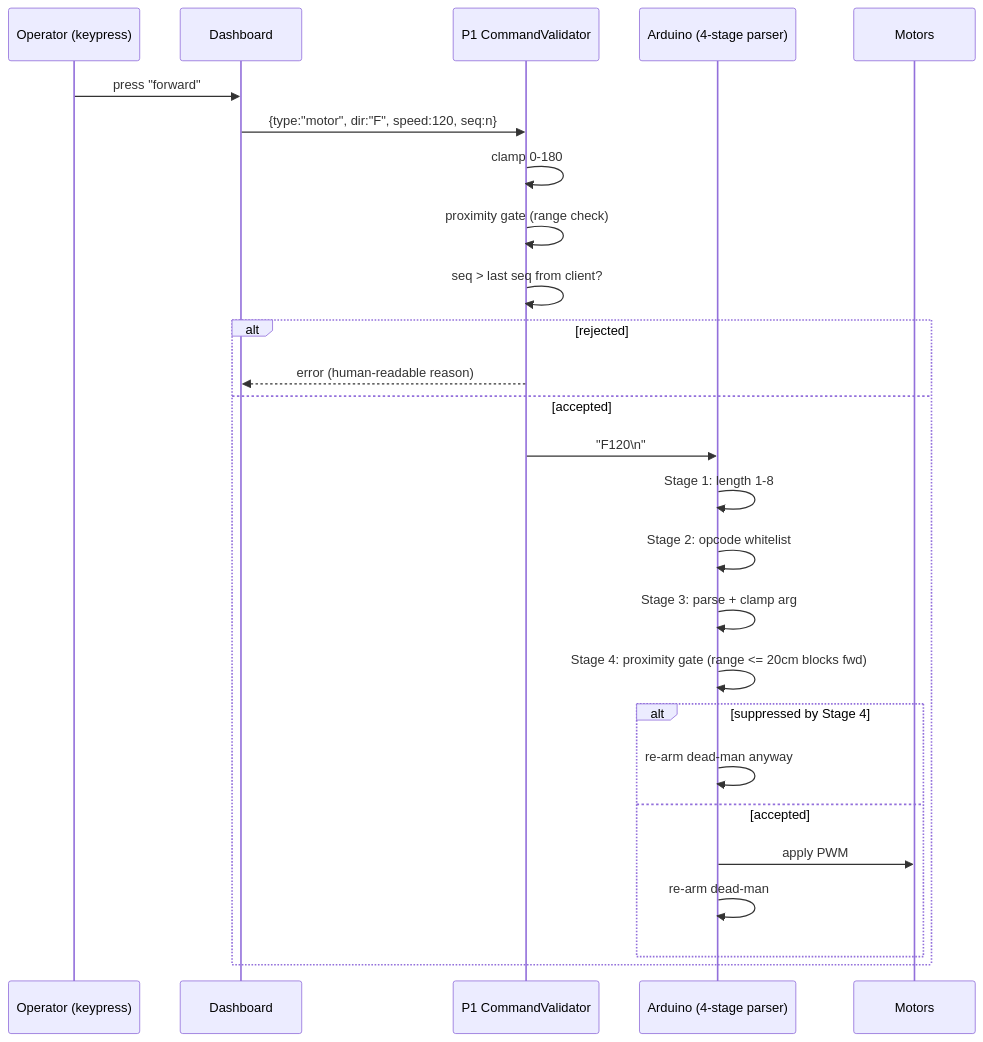
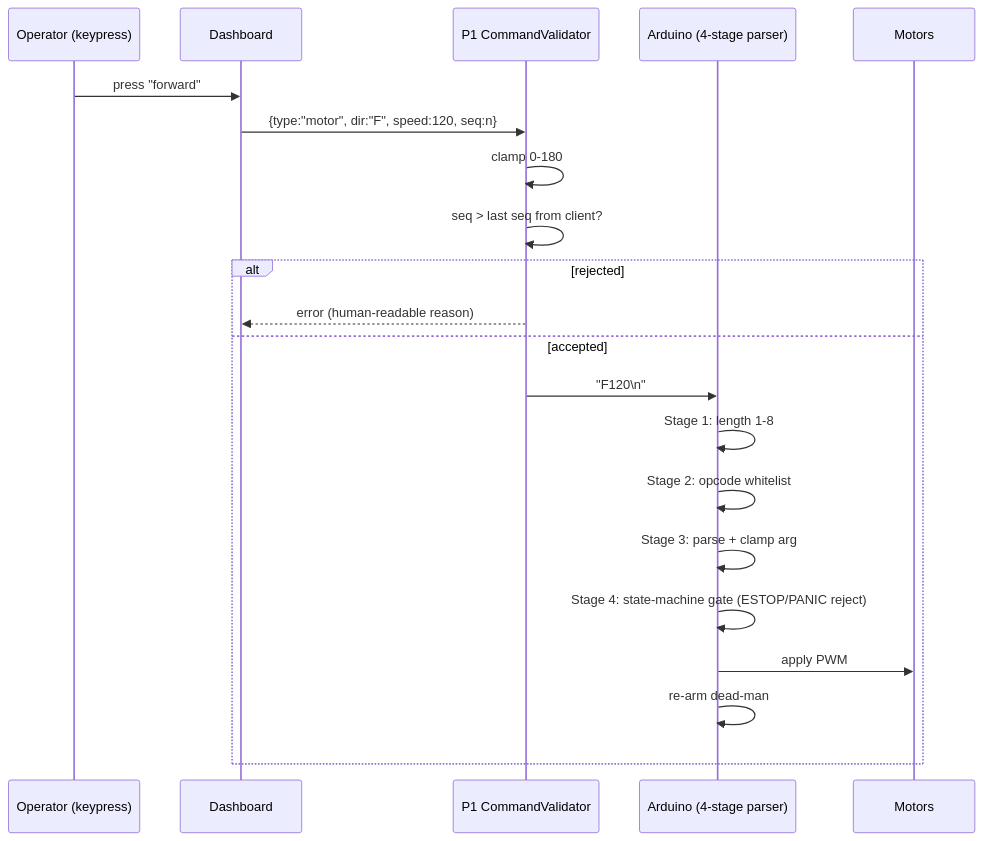
The ninth of 13 diagrams in docs/ARCHITECTURE.md (baiust999/robort-code-from-pi), drawn with Mermaid before and after one commit. The commit also changed other lines of this file and 27 other files, not shown here.

````diff
--- a/docs/ARCHITECTURE.md
+++ b/docs/ARCHITECTURE.md
@@ -332,29 +331,24 @@
 ```mermaid
 sequenceDiagram
     participant OP as Operator (keypress)
     participant DASH as Dashboard
     participant P1V as P1 CommandValidator
     participant AR as Arduino (4-stage parser)
     participant MOT as Motors
 
     OP->>DASH: press "forward"
     DASH->>P1V: {type:"motor", dir:"F", speed:120, seq:n}
     P1V->>P1V: clamp 0-180
-    P1V->>P1V: proximity gate (range check)
     P1V->>P1V: seq > last seq from client?
     alt rejected
         P1V-->>DASH: error (human-readable reason)
     else accepted
         P1V->>AR: "F120\n"
         AR->>AR: Stage 1: length 1-8
         AR->>AR: Stage 2: opcode whitelist
         AR->>AR: Stage 3: parse + clamp arg
-        AR->>AR: Stage 4: proximity gate (range <= 20cm blocks fwd)
-        alt suppressed by Stage 4
-            AR->>AR: re-arm dead-man anyway
-        else accepted
-            AR->>MOT: apply PWM
-            AR->>AR: re-arm dead-man
-        end
+        AR->>AR: Stage 4: state-machine gate (ESTOP/PANIC reject)
+        AR->>MOT: apply PWM
+        AR->>AR: re-arm dead-man
     end
 ```
````
